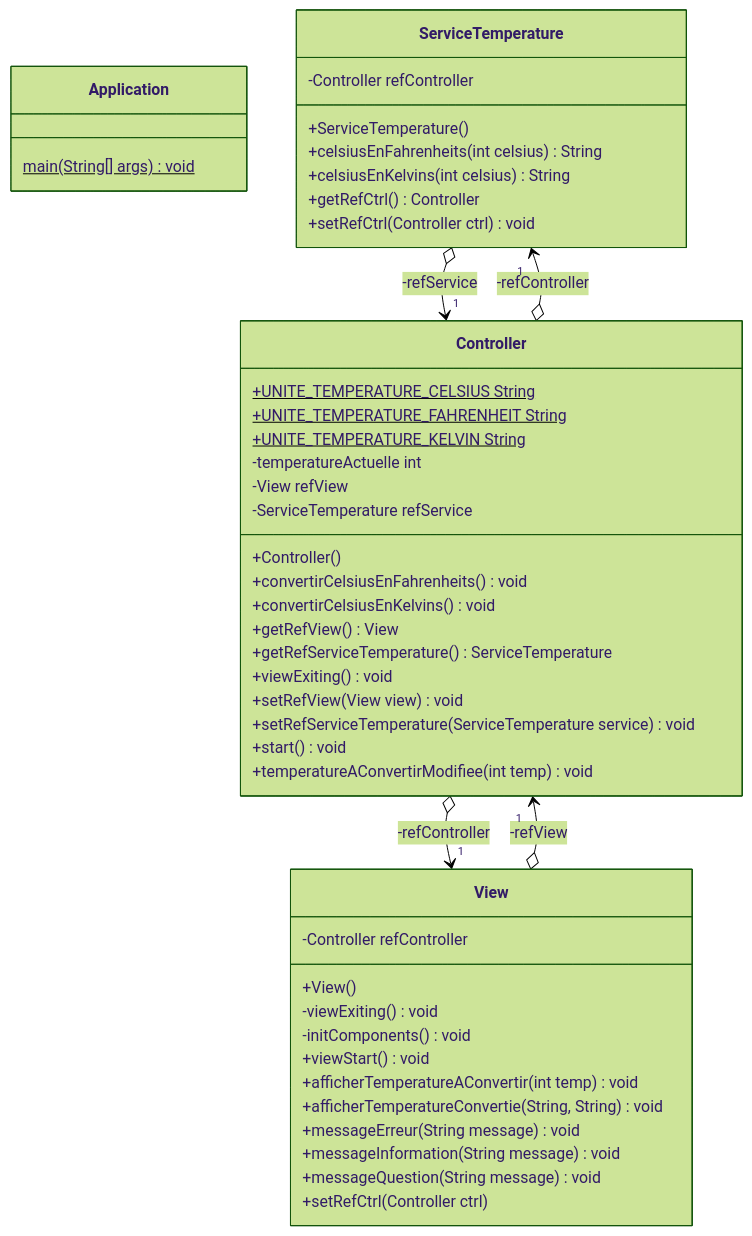
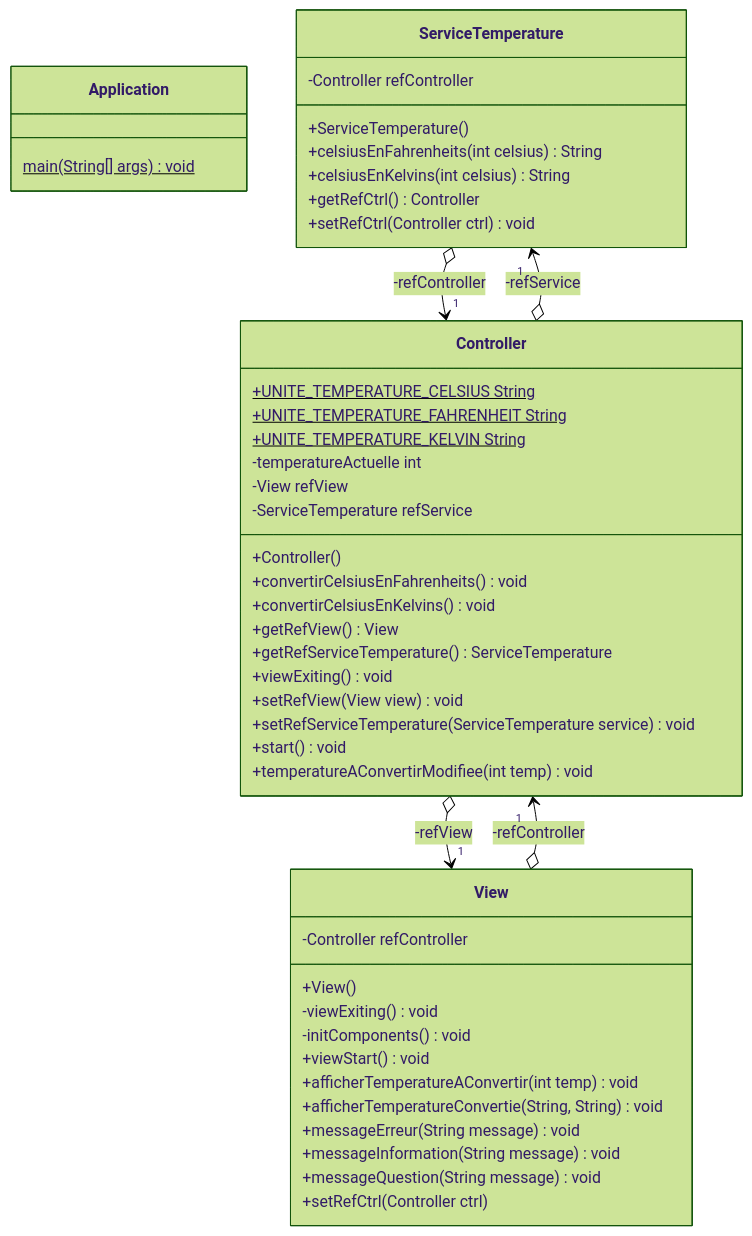
The first of 3 diagrams in README.md (emf-info-d400/Ex07-ConvertisseurTemperature), drawn with Mermaid (forest theme) before and after one commit.

Commit message:
consigne

````diff
--- a/README.md
+++ b/README.md
@@ -15,55 +15,55 @@
 ```mermaid 
 classDiagram
 
 class Application {
     main(String[] args) void$    
 }
 
 class ServiceTemperature {
     -Controller refController
     +ServiceTemperature()
     +celsiusEnFahrenheits(int celsius) String
     +celsiusEnKelvins(int celsius) String
     +getRefCtrl() Controller
     +setRefCtrl(Controller ctrl) void
 }
 
 class Controller {
     +UNITE_TEMPERATURE_CELSIUS String$
     +UNITE_TEMPERATURE_FAHRENHEIT String$
     +UNITE_TEMPERATURE_KELVIN String$
     -temperatureActuelle int
     -View refView
     -ServiceTemperature refService
     +Controller()
     +convertirCelsiusEnFahrenheits() void
     +convertirCelsiusEnKelvins() void
     +getRefView() View
     +getRefServiceTemperature() ServiceTemperature
     +viewExiting() void
     +setRefView(View view) void
     +setRefServiceTemperature(ServiceTemperature service) void
     +start() void
     +temperatureAConvertirModifiee(int temp) void
 }
 
 class View {
     -Controller refController
     +View()
     -viewExiting() void
     -initComponents() void
     +viewStart() void
     +afficherTemperatureAConvertir(int temp) void
     +afficherTemperatureConvertie(String, String) void
     +messageErreur(String message) void
     +messageInformation(String message) void
     +messageQuestion(String message) void
     +setRefCtrl(Controller ctrl)
  }
 
-Controller o--> "1" ServiceTemperature : -refController
-ServiceTemperature o--> "1" Controller : -refService
-View o--> "1" Controller : -refView
-Controller o--> "1" View : -refController
+ServiceTemperature o--> "1" Controller : -refController
+Controller o--> "1" ServiceTemperature : -refService
+Controller o--> "1" View : -refView
+View o--> "1" Controller : -refController
 
 ```
````
